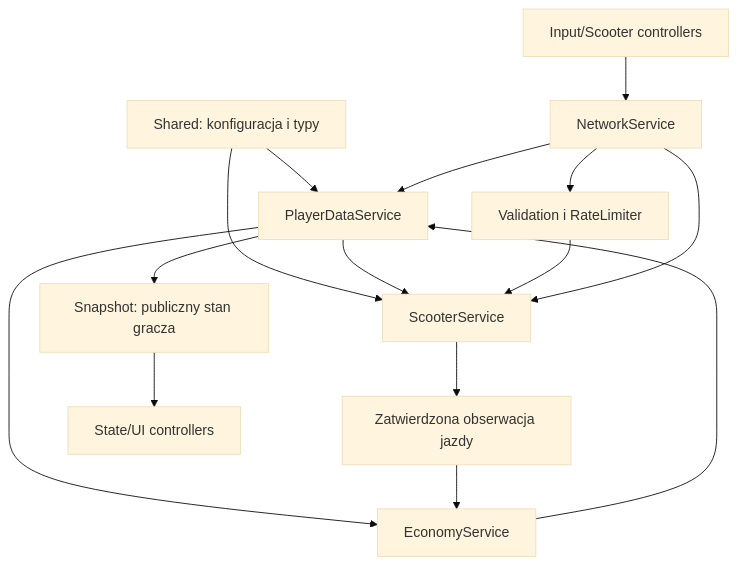
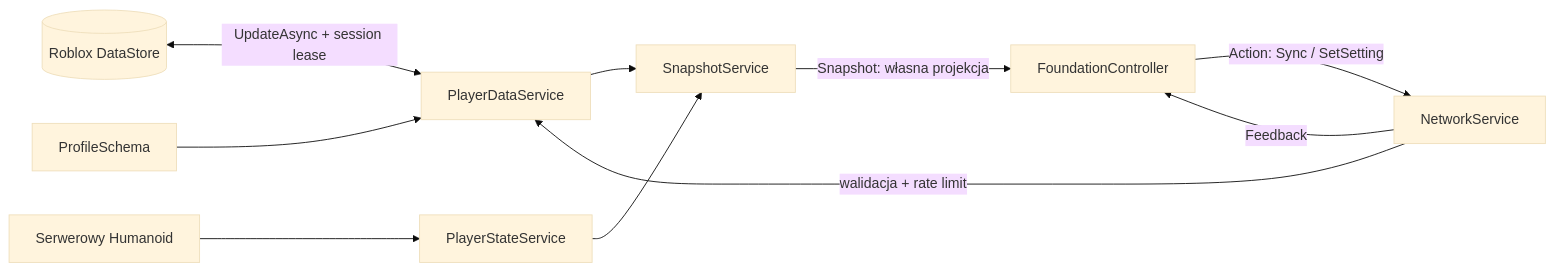
Before and after one commit to szabanasty/rblx: the diagram in docs/ARCHITECTURE.md, drawn with Mermaid (base theme). The commit also changed other lines of this file and 39 other files, not shown here.

Commit message:
Prepare KUKIRIN ZONE Phase 0 foundation and compatible player data

````diff
--- a/docs/ARCHITECTURE.md
+++ b/docs/ARCHITECTURE.md
@@ -87,17 +23,12 @@
 ```mermaid
-flowchart TD
-    Config[Shared: konfiguracja i typy] --> Data[PlayerDataService]
-    Config --> Scooter[ScooterService]
-    Data --> Economy[EconomyService]
-    Data --> Scooter
-    Security[Validation i RateLimiter] --> Scooter
-    Network[NetworkService] --> Security
-    Network --> Data
-    Network --> Scooter
-    Scooter --> Observation[Zatwierdzona obserwacja jazdy]
-    Observation --> Economy
-    Economy --> Data
-    Data --> Projection[Snapshot: publiczny stan gracza]
-    Projection --> UI[State/UI controllers]
-    Input[Input/Scooter controllers] --> Network
+flowchart LR
+    D[(Roblox DataStore)] <-->|UpdateAsync + session lease| P[PlayerDataService]
+    S[ProfileSchema] --> P
+    H[Serwerowy Humanoid] --> PS[PlayerStateService]
+    P --> SNAP[SnapshotService]
+    PS --> SNAP
+    SNAP -->|Snapshot: własna projekcja| UI[FoundationController]
+    UI -->|Action: Sync / SetSetting| N[NetworkService]
+    N -->|walidacja + rate limit| P
+    N -->|Feedback| UI
 ```
````
